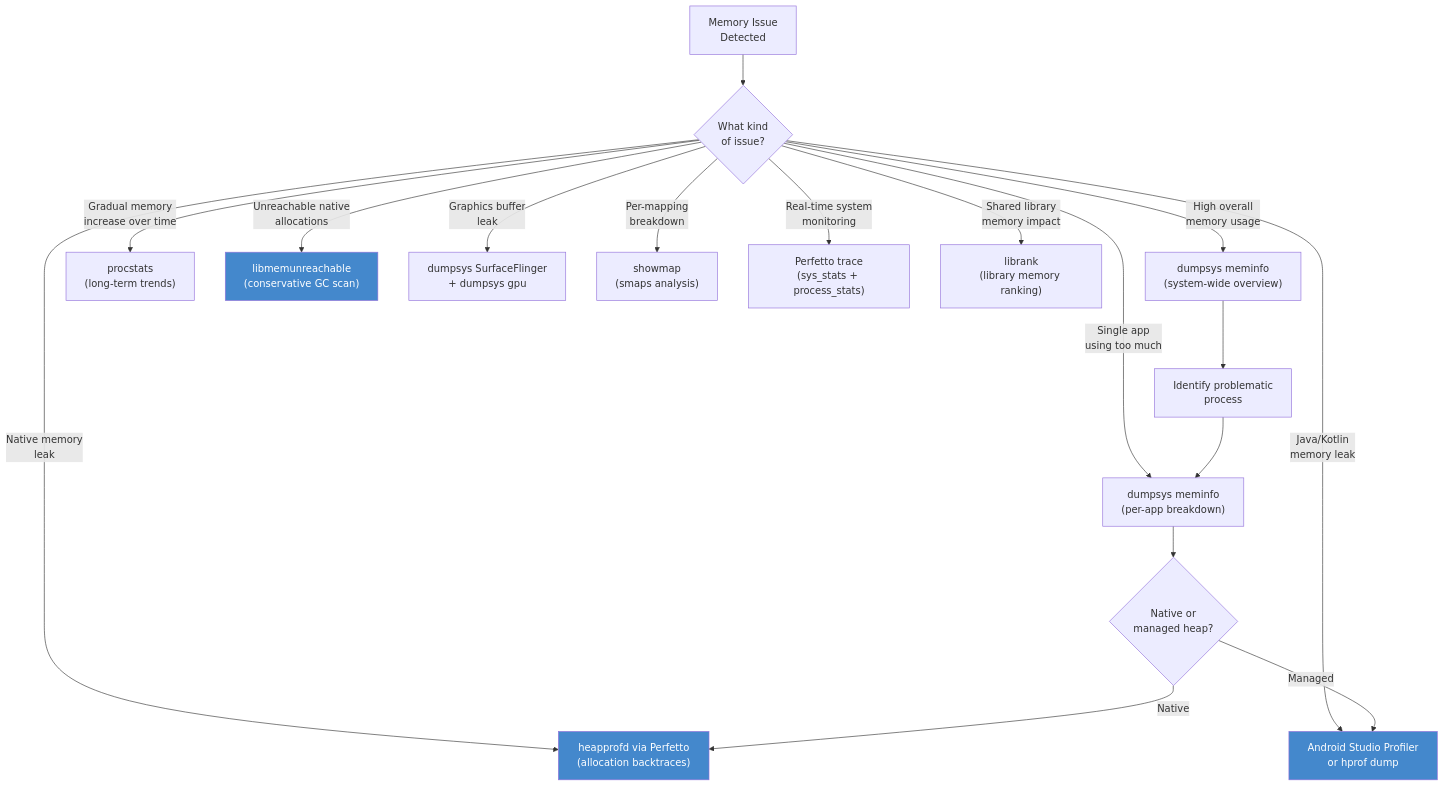
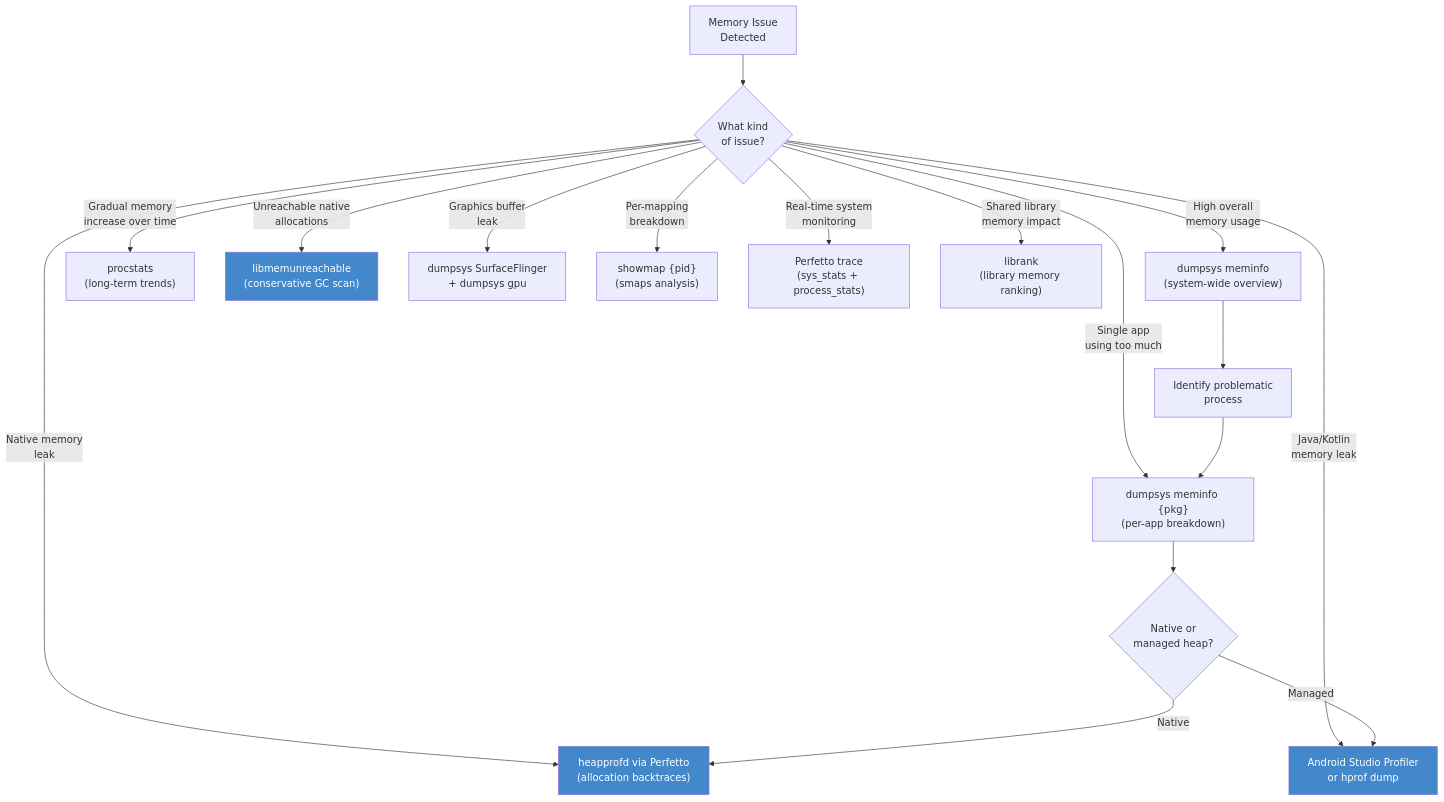
Diagram 22 of 33 in 08-memory-management.md (fwrite0920/aosp-internal-book), drawn with Mermaid before and after one commit. The commit also changed other lines of this file and 8 other files, not shown here.

First line of the commit message:
Fix Mermaid diagrams and formatting in Parts III-IV (chapters 8-16)

````diff
--- a/08-memory-management.md
+++ b/08-memory-management.md
@@ -2544,25 +2544,25 @@
 ```mermaid
 flowchart TD
     Start["Memory Issue<br/>Detected"] --> Q1{"What kind<br/>of issue?"}
 
     Q1 -->|"High overall<br/>memory usage"| DumpSys["dumpsys meminfo<br/>(system-wide overview)"]
-    Q1 -->|"Single app<br/>using too much"| AppDebug["dumpsys meminfo <pkg><br/>(per-app breakdown)"]
+    Q1 -->|"Single app<br/>using too much"| AppDebug["dumpsys meminfo {pkg}<br/>(per-app breakdown)"]
     Q1 -->|"Gradual memory<br/>increase over time"| ProcStats["procstats<br/>(long-term trends)"]
     Q1 -->|"Native memory<br/>leak"| NativeLeak["heapprofd via Perfetto<br/>(allocation backtraces)"]
     Q1 -->|"Java/Kotlin<br/>memory leak"| JavaLeak["Android Studio Profiler<br/>or hprof dump"]
     Q1 -->|"Unreachable native<br/>allocations"| Unreachable["libmemunreachable<br/>(conservative GC scan)"]
     Q1 -->|"Graphics buffer<br/>leak"| GraphicsLeak["dumpsys SurfaceFlinger<br/>+ dumpsys gpu"]
-    Q1 -->|"Per-mapping<br/>breakdown"| ShowMap["showmap <pid><br/>(smaps analysis)"]
+    Q1 -->|"Per-mapping<br/>breakdown"| ShowMap["showmap {pid}<br/>(smaps analysis)"]
     Q1 -->|"Real-time system<br/>monitoring"| Perfetto["Perfetto trace<br/>(sys_stats + process_stats)"]
     Q1 -->|"Shared library<br/>memory impact"| LibRank["librank<br/>(library memory ranking)"]
 
     DumpSys --> Narrow["Identify problematic<br/>process"]
     Narrow --> AppDebug
     AppDebug --> Q2{"Native or<br/>managed heap?"}
     Q2 -->|Native| NativeLeak
     Q2 -->|Managed| JavaLeak
 
     style NativeLeak fill:#4488cc,color:#fff
     style JavaLeak fill:#4488cc,color:#fff
     style Unreachable fill:#4488cc,color:#fff
 ```
````
